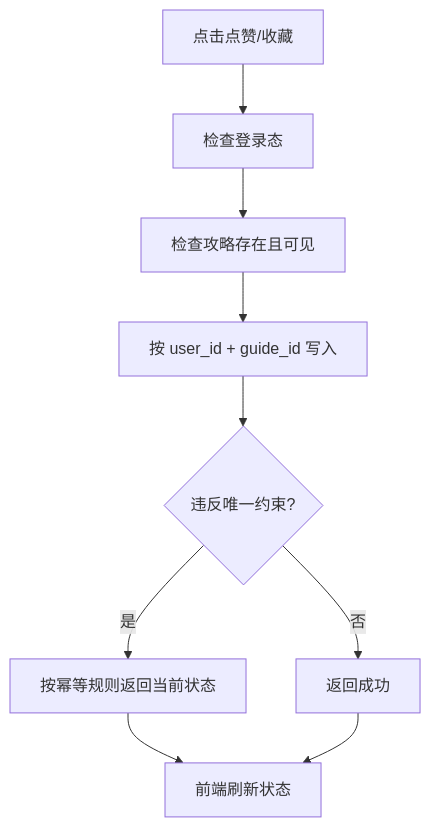
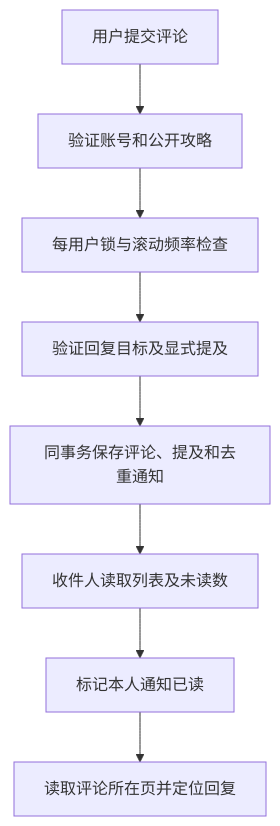
One commit to TheSixPasserby/travel-platform changed the first of 2 diagrams in docs/04-business-processes.md. Above: the diagram before and after it, drawn with Mermaid. The commit also changed other lines of this file and 175 other files, not shown here.

````diff
--- a/docs/04-business-processes.md
+++ b/docs/04-business-processes.md
@@ -39,11 +11,10 @@
 ```mermaid
 flowchart TD
-    A[点击点赞/收藏] --> B[检查登录态]
-    B --> C[检查攻略存在且可见]
-    C --> D[按 user_id + guide_id 写入]
-    D --> E{违反唯一约束?}
-    E -- 是 --> F[按幂等规则返回当前状态]
-    E -- 否 --> G[返回成功]
-    F --> H[前端刷新状态]
-    G --> H
+    input[用户提交评论] --> auth[验证账号和公开攻略]
+    auth --> gate[每用户锁与滚动频率检查]
+    gate --> target[验证回复目标及显式提及]
+    target --> tx[同事务保存评论、提及和去重通知]
+    tx --> inbox[收件人读取列表及未读数]
+    inbox --> read[标记本人通知已读]
+    read --> locate[读取评论所在页并定位回复]
 ```
````
